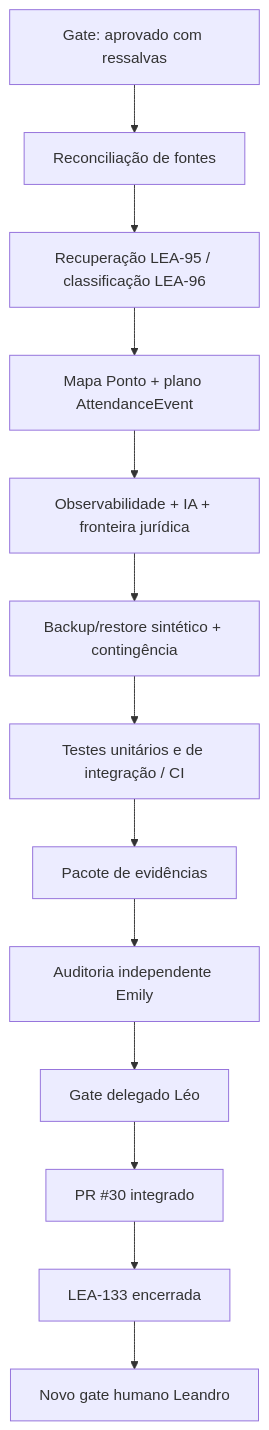
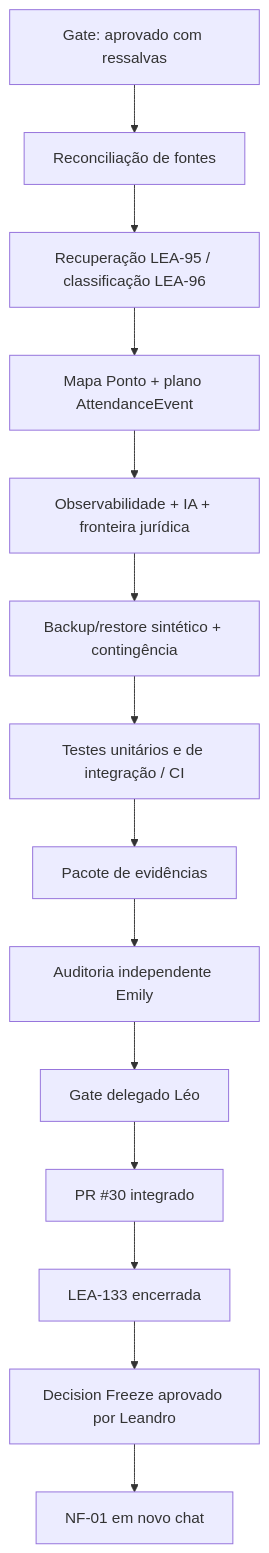
One commit to leon337/reconhecimento_facial changed the diagram in ROADMAP_CURRENT.md. Above: the diagram before and after it, drawn with Mermaid. The commit also changed other lines of this file and 3 other files, not shown here.

First line of the commit message:
docs: congelar decisões e roadmap antes da NF-01 (#31)

````diff
--- a/ROADMAP_CURRENT.md
+++ b/ROADMAP_CURRENT.md
@@ -28,15 +31,16 @@
 ```mermaid
 flowchart TD
     A[Gate: aprovado com ressalvas] --> B[Reconciliação de fontes]
     B --> C[Recuperação LEA-95 / classificação LEA-96]
     C --> D[Mapa Ponto + plano AttendanceEvent]
     D --> E[Observabilidade + IA + fronteira jurídica]
     E --> F[Backup/restore sintético + contingência]
     F --> G[Testes unitários e de integração / CI]
     G --> H[Pacote de evidências]
     H --> I[Auditoria independente Emily]
     I --> J[Gate delegado Léo]
     J --> K[PR #30 integrado]
     K --> L[LEA-133 encerrada]
-    L --> M[Novo gate humano Leandro]
+    L --> M[Decision Freeze aprovado por Leandro]
+    M --> N[NF-01 em novo chat]
 ```
````
